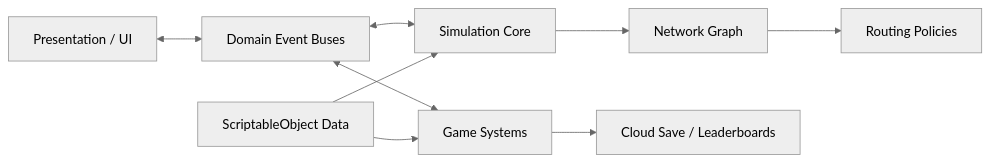
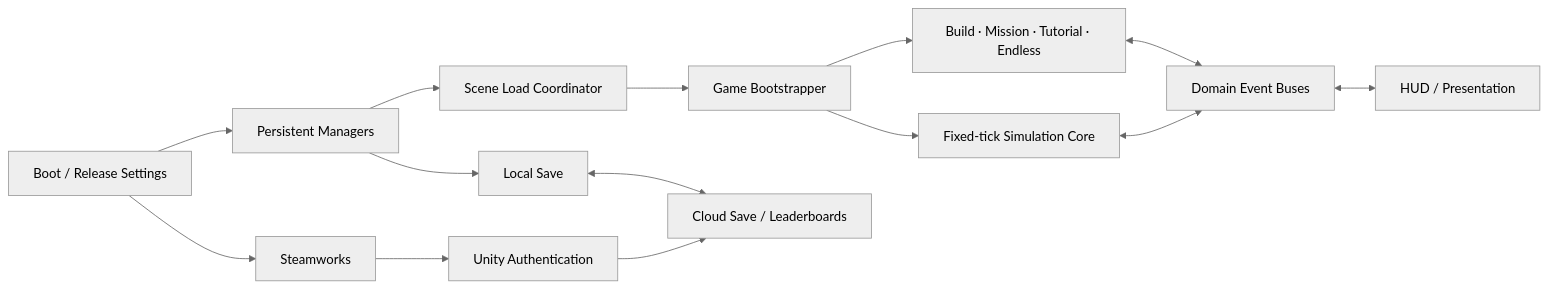
Before and after one commit to parkwonkuku/EndGame-Network-Simulator: the diagram in README.md, drawn with Mermaid (neutral theme). The commit also changed other lines of this file and 7 other files, not shown here.

Commit message:
docs: update portfolio for Steam demo release

````diff
--- a/README.md
+++ b/README.md
@@ -108,11 +116,16 @@
 ```mermaid
 flowchart LR
-    UI["Presentation / UI"] <--> BUS["Domain Event Buses"]
-    BUS <--> SIM["Simulation Core"]
-    BUS <--> SYS["Game Systems"]
-    DATA["ScriptableObject Data"] --> SIM
-    DATA --> SYS
-    SIM --> GRAPH["Network Graph"]
-    GRAPH --> POLICY["Routing Policies"]
-    SYS --> UGS["Cloud Save / Leaderboards"]
+    BOOT["Boot / Release Settings"] --> STEAM["Steamworks"]
+    BOOT --> GLOBAL["Persistent Managers"]
+    GLOBAL --> SCENE["Scene Load Coordinator"]
+    SCENE --> GAME["Game Bootstrapper"]
+    GAME --> SIM["Fixed-tick Simulation Core"]
+    GAME --> SYS["Build · Mission · Tutorial · Endless"]
+    SIM <--> BUS["Domain Event Buses"]
+    SYS <--> BUS
+    BUS <--> UI["HUD / Presentation"]
+    STEAM --> AUTH["Unity Authentication"]
+    AUTH --> CLOUD["Cloud Save / Leaderboards"]
+    GLOBAL --> LOCAL["Local Save"]
+    LOCAL <--> CLOUD
 ```
````
